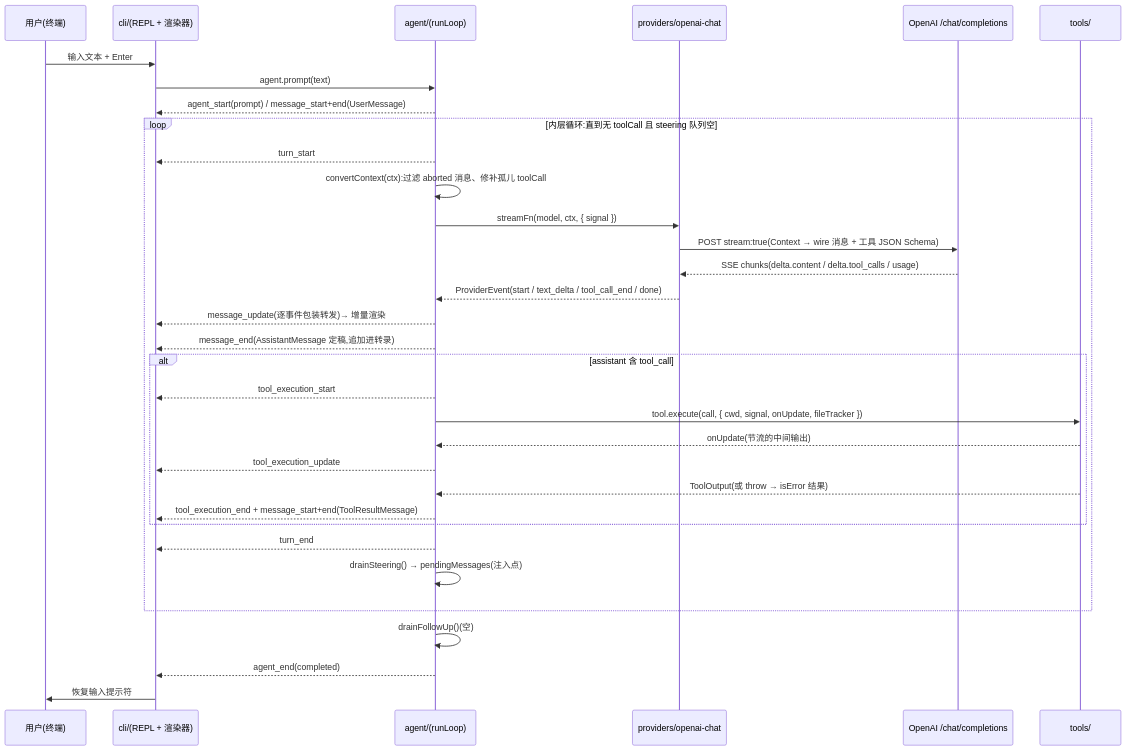
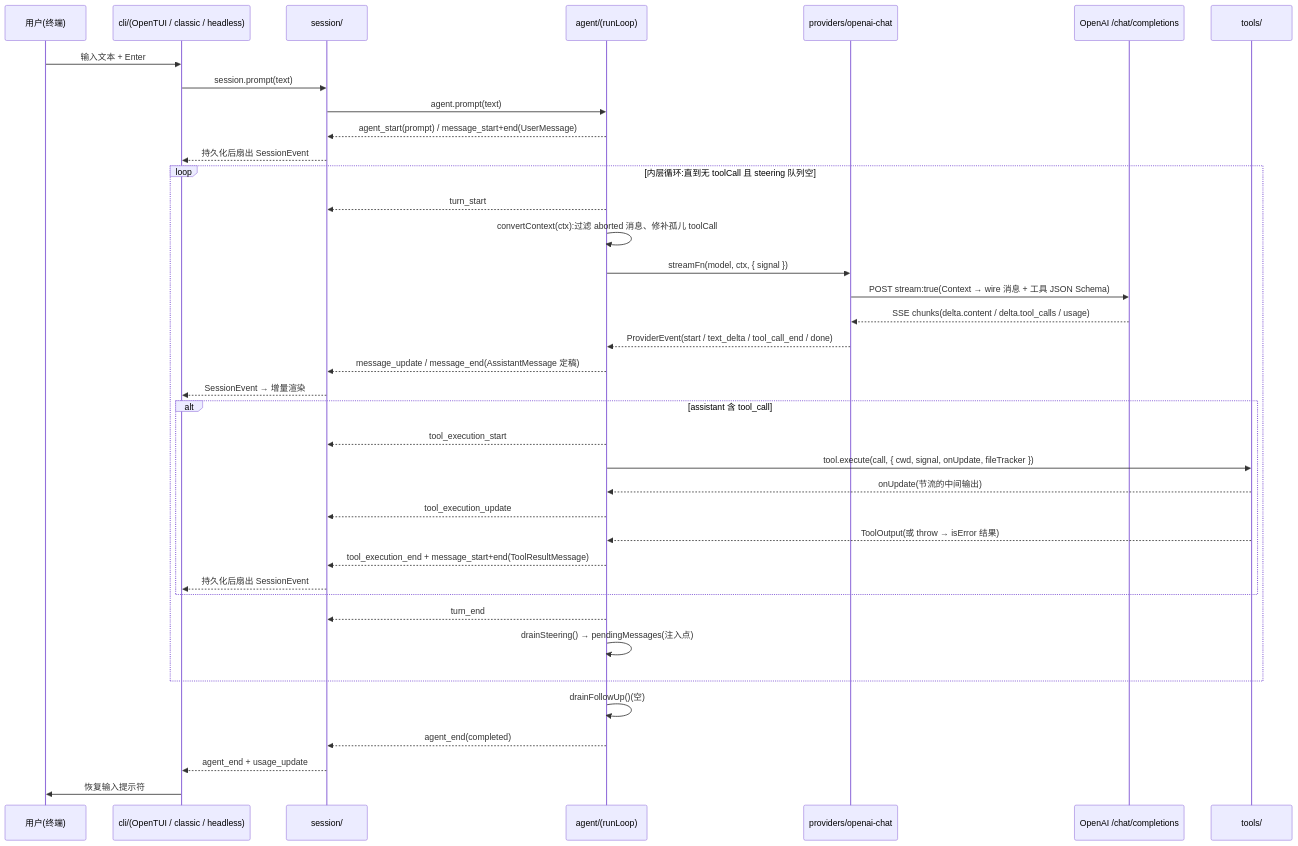
One commit to rita152/coda changed the third of 3 diagrams in docs/02-architecture.md. Above: the diagram before and after it, drawn with Mermaid. The commit also changed other lines of this file and 19 other files, not shown here.

First line of the commit message:
Add the full-screen OpenTUI interface

````diff
--- a/docs/02-architecture.md
+++ b/docs/02-architecture.md
@@ -233,36 +236,41 @@
 ```mermaid
 sequenceDiagram
   participant U as 用户(终端)
-  participant CLI as cli/(REPL + 渲染器)
+  participant CLI as cli/(OpenTUI / classic / headless)
+  participant S as session/
   participant AG as agent/(runLoop)
   participant AD as providers/openai-chat
   participant API as OpenAI /chat/completions
   participant T as tools/
 
   U->>CLI: 输入文本 + Enter
-  CLI->>AG: agent.prompt(text)
-  AG-->>CLI: agent_start(prompt) / message_start+end(UserMessage)
+  CLI->>S: session.prompt(text)
+  S->>AG: agent.prompt(text)
+  AG-->>S: agent_start(prompt) / message_start+end(UserMessage)
+  S-->>CLI: 持久化后扇出 SessionEvent
   loop 内层循环:直到无 toolCall 且 steering 队列空
-    AG-->>CLI: turn_start
+    AG-->>S: turn_start
     AG->>AG: convertContext(ctx):过滤 aborted 消息、修补孤儿 toolCall
     AG->>AD: streamFn(model, ctx, { signal })
     AD->>API: POST stream:true(Context → wire 消息 + 工具 JSON Schema)
     API-->>AD: SSE chunks(delta.content / delta.tool_calls / usage)
     AD-->>AG: ProviderEvent(start / text_delta / tool_call_end / done)
-    AG-->>CLI: message_update(逐事件包装转发)→ 增量渲染
-    AG-->>CLI: message_end(AssistantMessage 定稿,追加进转录)
+    AG-->>S: message_update / message_end(AssistantMessage 定稿)
+    S-->>CLI: SessionEvent → 增量渲染
     alt assistant 含 tool_call
-      AG-->>CLI: tool_execution_start
+      AG-->>S: tool_execution_start
       AG->>T: tool.execute(call, { cwd, signal, onUpdate, fileTracker })
       T-->>AG: onUpdate(节流的中间输出)
-      AG-->>CLI: tool_execution_update
+      AG-->>S: tool_execution_update
       T-->>AG: ToolOutput(或 throw → isError 结果)
-      AG-->>CLI: tool_execution_end + message_start+end(ToolResultMessage)
+      AG-->>S: tool_execution_end + message_start+end(ToolResultMessage)
+      S-->>CLI: 持久化后扇出 SessionEvent
     end
-    AG-->>CLI: turn_end
+    AG-->>S: turn_end
     AG->>AG: drainSteering() → pendingMessages(注入点)
   end
   AG->>AG: drainFollowUp()(空)
-  AG-->>CLI: agent_end(completed)
+  AG-->>S: agent_end(completed)
+  S-->>CLI: agent_end + usage_update
   CLI->>U: 恢复输入提示符
 ```
````
